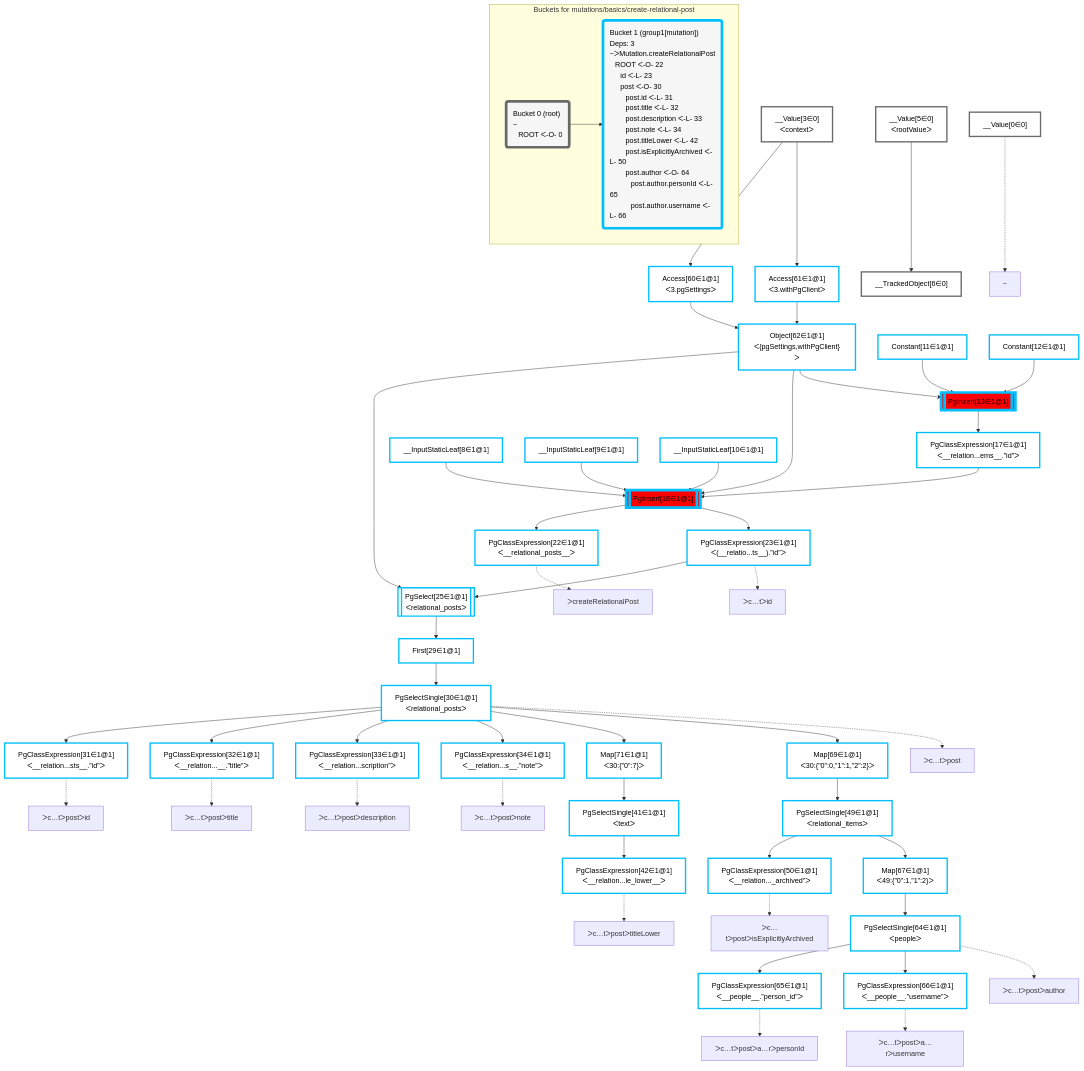
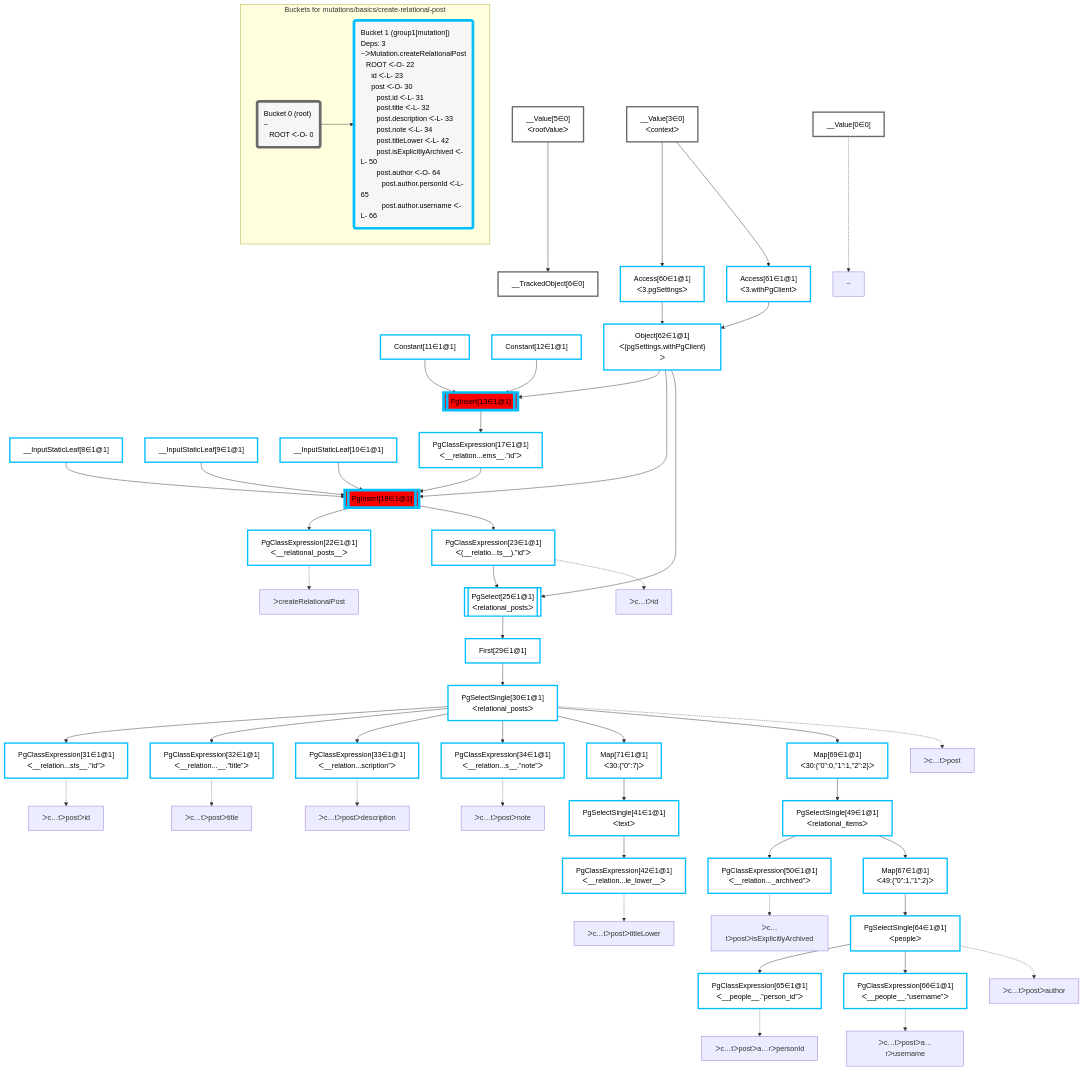
The diagram in packages/dataplan-pg/__tests__/mutations/basics/create-relational-post.mermaid.md (graphile/crystal), drawn with Mermaid before and after one commit. The commit also changed other lines of this file and 195 other files, not shown here.

Commit message:
Reorder graphs

```diff
--- a/packages/dataplan-pg/__tests__/mutations/basics/create-relational-post.mermaid.md
+++ b/packages/dataplan-pg/__tests__/mutations/basics/create-relational-post.mermaid.md
@@ -9,67 +9,67 @@
 
     %% define plans
     __Value0["__Value[0∈0]"]:::plan
-    PgClassExpression22["PgClassExpression[22∈1@1]<br />ᐸ__relational_posts__ᐳ"]:::plan
-    PgClassExpression31["PgClassExpression[31∈1@1]<br />ᐸ__relation...sts__.”id”ᐳ"]:::plan
-    PgClassExpression32["PgClassExpression[32∈1@1]<br />ᐸ__relation...__.”title”ᐳ"]:::plan
-    PgClassExpression33["PgClassExpression[33∈1@1]<br />ᐸ__relation...scription”ᐳ"]:::plan
-    PgClassExpression34["PgClassExpression[34∈1@1]<br />ᐸ__relation...s__.”note”ᐳ"]:::plan
-    PgClassExpression42["PgClassExpression[42∈1@1]<br />ᐸ__relation...le_lower__ᐳ"]:::plan
-    PgSelectSingle41["PgSelectSingle[41∈1@1]<br />ᐸtextᐳ"]:::plan
-    Map71["Map[71∈1@1]<br />ᐸ30:{”0”:7}ᐳ"]:::plan
-    PgClassExpression50["PgClassExpression[50∈1@1]<br />ᐸ__relation..._archived”ᐳ"]:::plan
-    PgClassExpression65["PgClassExpression[65∈1@1]<br />ᐸ__people__.”person_id”ᐳ"]:::plan
-    PgClassExpression66["PgClassExpression[66∈1@1]<br />ᐸ__people__.”username”ᐳ"]:::plan
-    PgSelectSingle64["PgSelectSingle[64∈1@1]<br />ᐸpeopleᐳ"]:::plan
-    Map67["Map[67∈1@1]<br />ᐸ49:{”0”:1,”1”:2}ᐳ"]:::plan
-    PgSelectSingle49["PgSelectSingle[49∈1@1]<br />ᐸrelational_itemsᐳ"]:::plan
-    Map69["Map[69∈1@1]<br />ᐸ30:{”0”:0,”1”:1,”2”:2}ᐳ"]:::plan
-    PgSelectSingle30["PgSelectSingle[30∈1@1]<br />ᐸrelational_postsᐳ"]:::plan
-    First29["First[29∈1@1]"]:::plan
-    PgSelect25[["PgSelect[25∈1@1]<br />ᐸrelational_postsᐳ"]]:::plan
-    PgClassExpression23["PgClassExpression[23∈1@1]<br />ᐸ(__relatio...ts__).”id”ᐳ"]:::plan
-    PgInsert18[["PgInsert[18∈1@1]"]]:::sideeffectplan
-    PgClassExpression17["PgClassExpression[17∈1@1]<br />ᐸ__relation...ems__.”id”ᐳ"]:::plan
-    PgInsert13[["PgInsert[13∈1@1]"]]:::sideeffectplan
-    Object62["Object[62∈1@1]<br />ᐸ{pgSettings,withPgClient}ᐳ"]:::plan
-    Access60["Access[60∈1@1]<br />ᐸ3.pgSettingsᐳ"]:::plan
-    Access61["Access[61∈1@1]<br />ᐸ3.withPgClientᐳ"]:::plan
     __Value3["__Value[3∈0]<br />ᐸcontextᐳ"]:::plan
+    __Value5["__Value[5∈0]<br />ᐸrootValueᐳ"]:::plan
     __TrackedObject6["__TrackedObject[6∈0]"]:::plan
-    __Value5["__Value[5∈0]<br />ᐸrootValueᐳ"]:::plan
     __InputStaticLeaf8["__InputStaticLeaf[8∈1@1]"]:::plan
     __InputStaticLeaf9["__InputStaticLeaf[9∈1@1]"]:::plan
     __InputStaticLeaf10["__InputStaticLeaf[10∈1@1]"]:::plan
     Constant11["Constant[11∈1@1]"]:::plan
     Constant12["Constant[12∈1@1]"]:::plan
+    Access60["Access[60∈1@1]<br />ᐸ3.pgSettingsᐳ"]:::plan
+    Access61["Access[61∈1@1]<br />ᐸ3.withPgClientᐳ"]:::plan
+    Object62["Object[62∈1@1]<br />ᐸ{pgSettings,withPgClient}ᐳ"]:::plan
+    PgInsert13[["PgInsert[13∈1@1]"]]:::sideeffectplan
+    PgClassExpression17["PgClassExpression[17∈1@1]<br />ᐸ__relation...ems__.”id”ᐳ"]:::plan
+    PgInsert18[["PgInsert[18∈1@1]"]]:::sideeffectplan
+    PgClassExpression22["PgClassExpression[22∈1@1]<br />ᐸ__relational_posts__ᐳ"]:::plan
+    PgClassExpression23["PgClassExpression[23∈1@1]<br />ᐸ(__relatio...ts__).”id”ᐳ"]:::plan
+    PgSelect25[["PgSelect[25∈1@1]<br />ᐸrelational_postsᐳ"]]:::plan
+    First29["First[29∈1@1]"]:::plan
+    PgSelectSingle30["PgSelectSingle[30∈1@1]<br />ᐸrelational_postsᐳ"]:::plan
+    PgClassExpression31["PgClassExpression[31∈1@1]<br />ᐸ__relation...sts__.”id”ᐳ"]:::plan
+    PgClassExpression32["PgClassExpression[32∈1@1]<br />ᐸ__relation...__.”title”ᐳ"]:::plan
+    PgClassExpression33["PgClassExpression[33∈1@1]<br />ᐸ__relation...scription”ᐳ"]:::plan
+    PgClassExpression34["PgClassExpression[34∈1@1]<br />ᐸ__relation...s__.”note”ᐳ"]:::plan
+    Map71["Map[71∈1@1]<br />ᐸ30:{”0”:7}ᐳ"]:::plan
+    PgSelectSingle41["PgSelectSingle[41∈1@1]<br />ᐸtextᐳ"]:::plan
+    PgClassExpression42["PgClassExpression[42∈1@1]<br />ᐸ__relation...le_lower__ᐳ"]:::plan
+    Map69["Map[69∈1@1]<br />ᐸ30:{”0”:0,”1”:1,”2”:2}ᐳ"]:::plan
+    PgSelectSingle49["PgSelectSingle[49∈1@1]<br />ᐸrelational_itemsᐳ"]:::plan
+    PgClassExpression50["PgClassExpression[50∈1@1]<br />ᐸ__relation..._archived”ᐳ"]:::plan
+    Map67["Map[67∈1@1]<br />ᐸ49:{”0”:1,”1”:2}ᐳ"]:::plan
+    PgSelectSingle64["PgSelectSingle[64∈1@1]<br />ᐸpeopleᐳ"]:::plan
+    PgClassExpression65["PgClassExpression[65∈1@1]<br />ᐸ__people__.”person_id”ᐳ"]:::plan
+    PgClassExpression66["PgClassExpression[66∈1@1]<br />ᐸ__people__.”username”ᐳ"]:::plan
 
     %% plan dependencies
+    __Value5 --> __TrackedObject6
+    __Value3 --> Access60
+    __Value3 --> Access61
+    Access60 & Access61 --> Object62
+    Object62 & Constant11 & Constant12 --> PgInsert13
+    PgInsert13 --> PgClassExpression17
+    Object62 & PgClassExpression17 & __InputStaticLeaf8 & __InputStaticLeaf9 & __InputStaticLeaf10 --> PgInsert18
     PgInsert18 --> PgClassExpression22
+    PgInsert18 --> PgClassExpression23
+    Object62 & PgClassExpression23 --> PgSelect25
+    PgSelect25 --> First29
+    First29 --> PgSelectSingle30
     PgSelectSingle30 --> PgClassExpression31
     PgSelectSingle30 --> PgClassExpression32
     PgSelectSingle30 --> PgClassExpression33
     PgSelectSingle30 --> PgClassExpression34
+    PgSelectSingle30 --> Map71
+    Map71 --> PgSelectSingle41
     PgSelectSingle41 --> PgClassExpression42
-    Map71 --> PgSelectSingle41
-    PgSelectSingle30 --> Map71
+    PgSelectSingle30 --> Map69
+    Map69 --> PgSelectSingle49
     PgSelectSingle49 --> PgClassExpression50
+    PgSelectSingle49 --> Map67
+    Map67 --> PgSelectSingle64
     PgSelectSingle64 --> PgClassExpression65
     PgSelectSingle64 --> PgClassExpression66
-    Map67 --> PgSelectSingle64
-    PgSelectSingle49 --> Map67
-    Map69 --> PgSelectSingle49
-    PgSelectSingle30 --> Map69
-    First29 --> PgSelectSingle30
-    PgSelect25 --> First29
-    Object62 & PgClassExpression23 --> PgSelect25
-    PgInsert18 --> PgClassExpression23
-    Object62 & PgClassExpression17 & __InputStaticLeaf8 & __InputStaticLeaf9 & __InputStaticLeaf10 --> PgInsert18
-    PgInsert13 --> PgClassExpression17
-    Object62 & Constant11 & Constant12 --> PgInsert13
-    Access60 & Access61 --> Object62
-    __Value3 --> Access60
-    __Value3 --> Access61
-    __Value5 --> __TrackedObject6
 
     %% plan-to-path relationships
     P0["~"]
```
